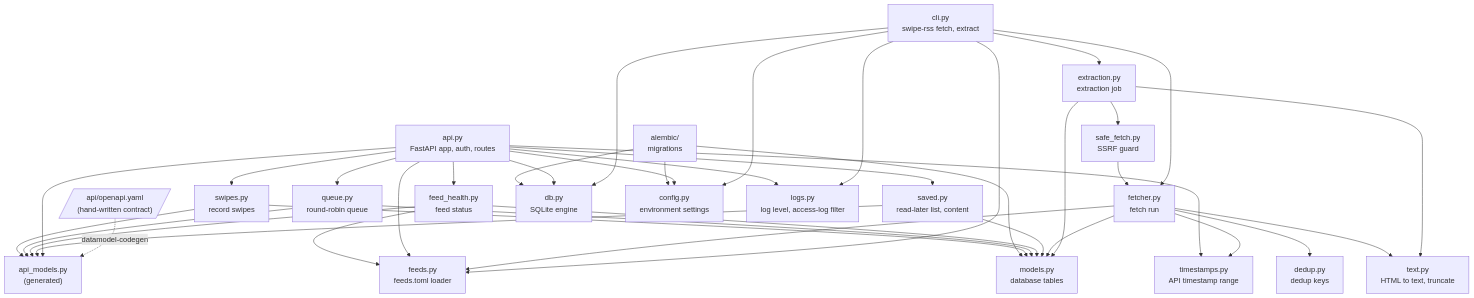
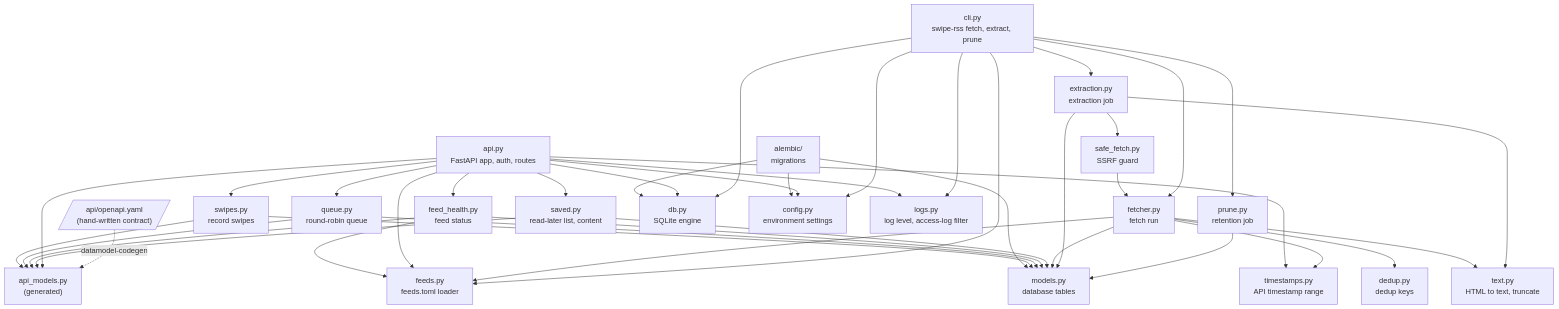
Before and after one commit to shanirub/swipe-rss-reader: the second of 18 diagrams in docs/architecture.md, drawn with Mermaid. The commit also changed other lines of this file and 13 other files, not shown here.

First line of the commit message:
Add the retention job (stage 3), built test-first

````diff
--- a/docs/architecture.md
+++ b/docs/architecture.md
@@ -55,35 +55,37 @@
 ```mermaid
 flowchart TD
     spec[/"api/openapi.yaml<br/>(hand-written contract)"/]
-    cli["cli.py<br/>swipe-rss fetch, extract"]
+    cli["cli.py<br/>swipe-rss fetch, extract, prune"]
+    prune["prune.py<br/>retention job"]
     fetcher["fetcher.py<br/>fetch run"]
     feeds["feeds.py<br/>feeds.toml loader"]
     dedup["dedup.py<br/>dedup keys"]
     text["text.py<br/>HTML to text, truncate"]
     api["api.py<br/>FastAPI app, auth, routes"]
     queue["queue.py<br/>round-robin queue"]
     swipes["swipes.py<br/>record swipes"]
     saved["saved.py<br/>read-later list, content"]
     health["feed_health.py<br/>feed status"]
     extraction["extraction.py<br/>extraction job"]
     safe["safe_fetch.py<br/>SSRF guard"]
     api_models["api_models.py<br/>(generated)"]
     models["models.py<br/>database tables"]
     db["db.py<br/>SQLite engine"]
     config["config.py<br/>environment settings"]
     logs["logs.py<br/>log level, access-log filter"]
     stamps["timestamps.py<br/>API timestamp range"]
     alembic["alembic/<br/>migrations"]
 
     spec -. "datamodel-codegen" .-> api_models
-    cli --> config & db & feeds & fetcher & extraction & logs
+    cli --> config & db & feeds & fetcher & extraction & prune & logs
+    prune --> models
     extraction --> safe & models & text
     safe --> fetcher
     fetcher --> feeds & dedup & text & models & stamps
     api --> config & db & feeds & queue & swipes & saved & health & api_models & logs & stamps
     saved --> api_models & models
     health --> api_models & feeds & models
     queue --> api_models & models
     swipes --> api_models & models
     alembic --> config & db & models
 ```
````
